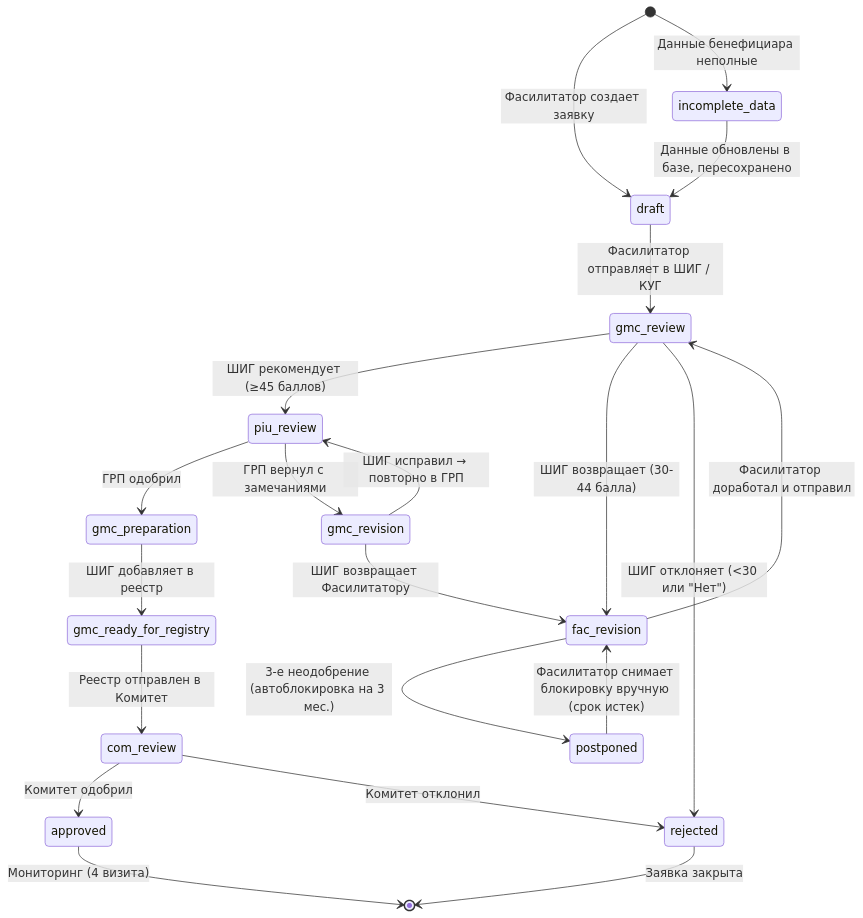
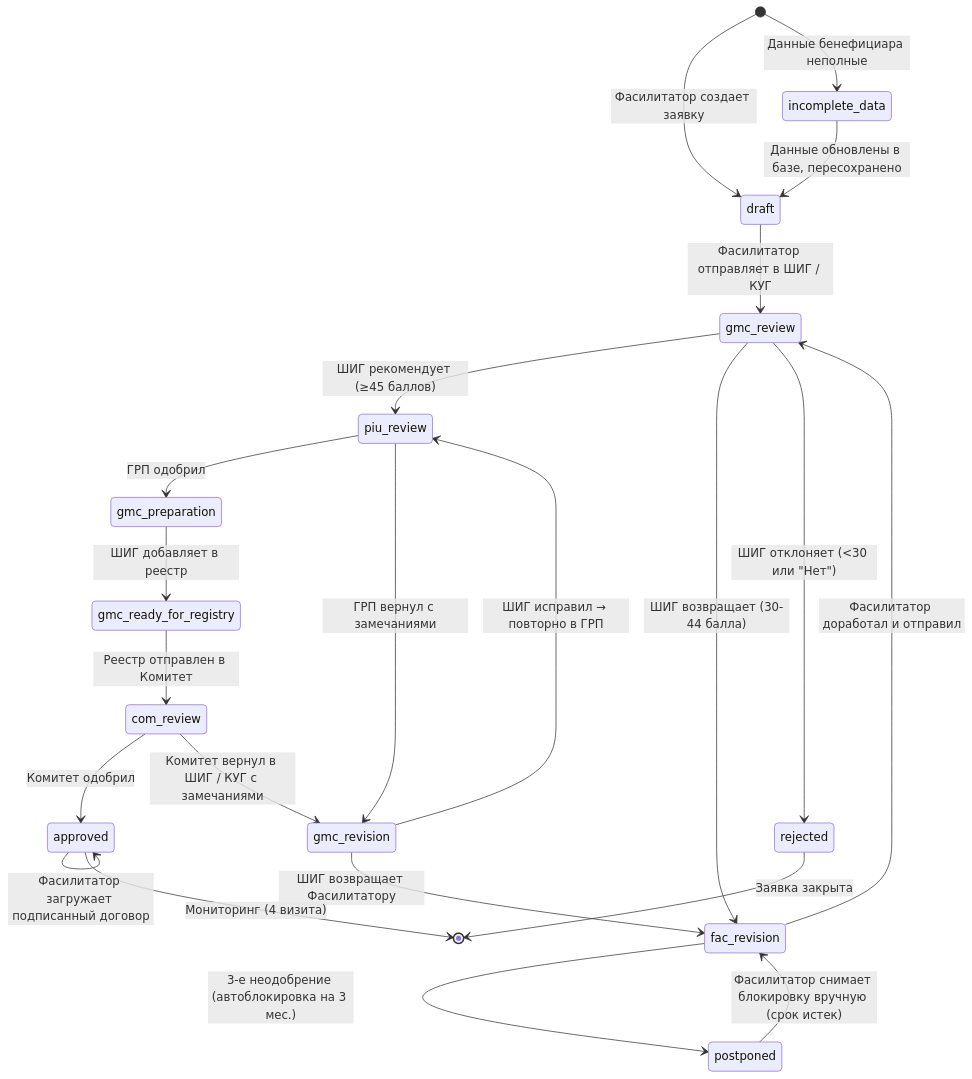
One commit to fkhokimov-wq/1 changed the first of 3 diagrams in docs/WORKFLOW.md. Above: the diagram before and after it, drawn with Mermaid. The commit also changed other lines of this file and 10 other files, not shown here.

````diff
--- a/docs/WORKFLOW.md
+++ b/docs/WORKFLOW.md
@@ -24,34 +24,35 @@
 ```mermaid
 stateDiagram-v2
     [*] --> draft: Фасилитатор создает заявку
     [*] --> incomplete_data: Данные бенефициара неполные
 
     incomplete_data --> draft: Данные обновлены в базе, пересохранено
 
     draft --> gmc_review: Фасилитатор отправляет в ШИГ / КУГ
 
     gmc_review --> piu_review: ШИГ рекомендует (≥45 баллов)
     gmc_review --> fac_revision: ШИГ возвращает (30-44 балла)
     gmc_review --> rejected: ШИГ отклоняет (<30 или "Нет")
 
     fac_revision --> gmc_review: Фасилитатор доработал и отправил
     fac_revision --> postponed: 3-е неодобрение (автоблокировка на 3 мес.)
 
     postponed --> fac_revision: Фасилитатор снимает блокировку вручную (срок истек)
 
     piu_review --> gmc_preparation: ГРП одобрил
     piu_review --> gmc_revision: ГРП вернул с замечаниями
 
     gmc_revision --> piu_review: ШИГ исправил → повторно в ГРП
     gmc_revision --> fac_revision: ШИГ возвращает Фасилитатору
 
     gmc_preparation --> gmc_ready_for_registry: ШИГ добавляет в реестр
 
     gmc_ready_for_registry --> com_review: Реестр отправлен в Комитет
 
     com_review --> approved: Комитет одобрил
-    com_review --> rejected: Комитет отклонил
+    com_review --> gmc_revision: Комитет вернул в ШИГ / КУГ с замечаниями
 
+    approved --> approved: Фасилитатор загружает подписанный договор
     approved --> [*]: Мониторинг (4 визита)
     rejected --> [*]: Заявка закрыта
 ```
````
